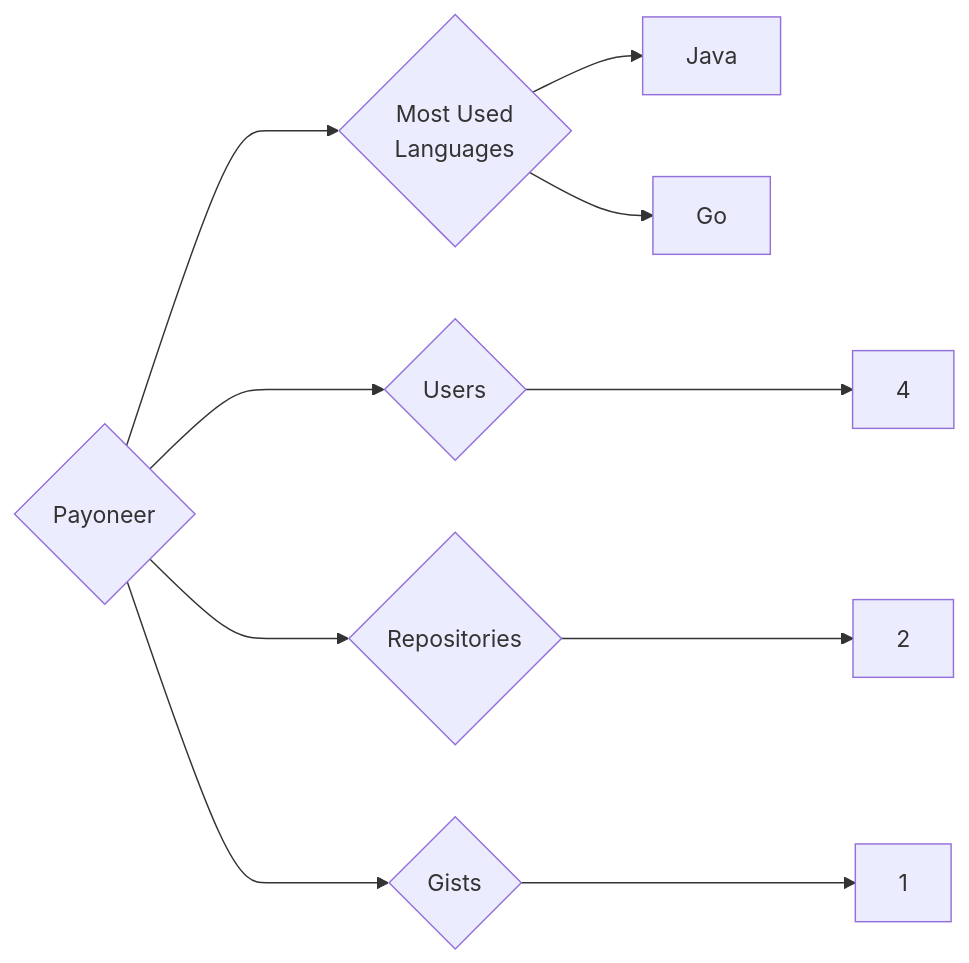
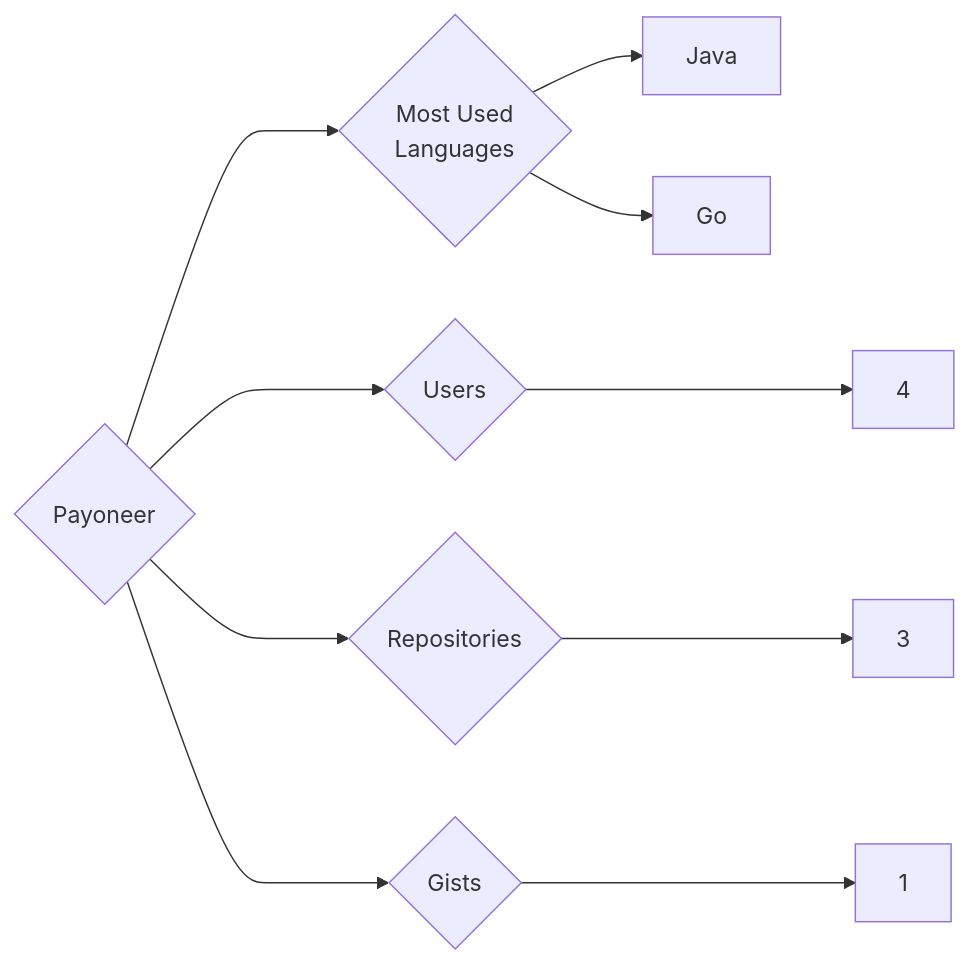
One commit to trickest/insiders changed the diagram in targets/Payoneer/README.md. Above: the diagram before and after it, drawn with Mermaid. The commit also changed 1248 other files, not shown here.

````diff
--- a/targets/Payoneer/README.md
+++ b/targets/Payoneer/README.md
@@ -3,10 +3,10 @@
 ```mermaid
 graph LR
 COMPANY_NAME{Payoneer}
 COMPANY_NAME ---> U{Users} ---> UN[4]
-COMPANY_NAME ---> R{Repositories} ---> RN[2]
+COMPANY_NAME ---> R{Repositories} ---> RN[3]
 COMPANY_NAME ---> G{Gists} ---> GN[1]
 COMPANY_NAME ---> ML{Most Used<br>Languages}
 ML --> Java[Java]
 ML --> Go[Go]
 ```
````
